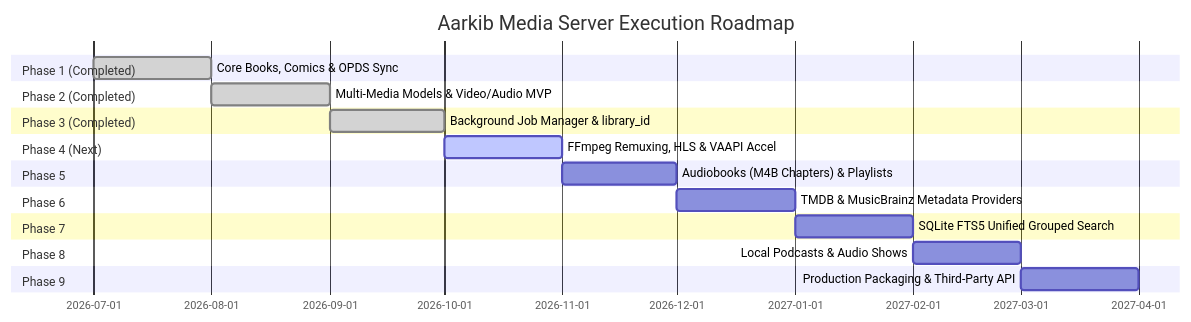
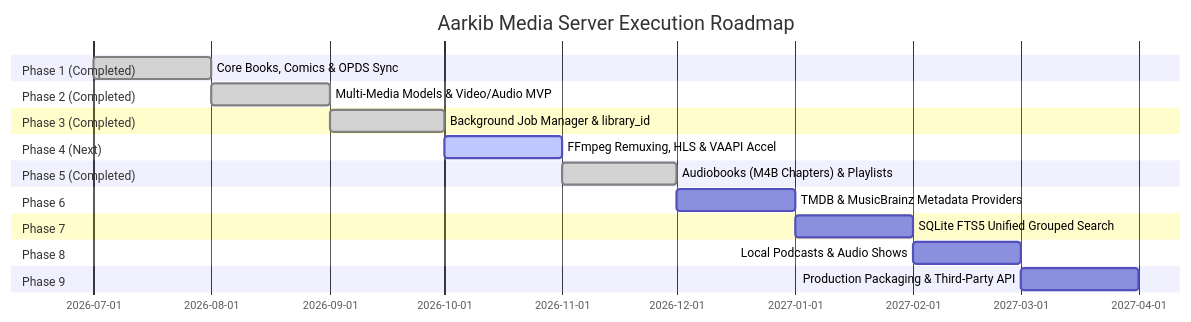
The sixth of 6 diagrams in media_server_execution_plan.md (syfq91/aarkib), drawn with Mermaid before and after one commit. The commit also changed other lines of this file and 19 other files, not shown here.

First line of the commit message:
feat: implement Phase 5 media taxonomy refinement, audiobooks, and playlists

````diff
--- a/media_server_execution_plan.md
+++ b/media_server_execution_plan.md
@@ -583,23 +583,23 @@
 ```mermaid
 gantt
     title Aarkib Media Server Execution Roadmap
     dateFormat  YYYY-MM
     section Phase 1 (Completed)
     Core Books, Comics & OPDS Sync       :done, p1, 2026-07, 2026-08
     section Phase 2 (Completed)
     Multi-Media Models & Video/Audio MVP :done, p2, 2026-08, 2026-09
     section Phase 3 (Completed)
     Background Job Manager & library_id  :done, p3, 2026-09, 2026-10
     section Phase 4 (Next)
     FFmpeg Remuxing, HLS & VAAPI Accel   :active, p4, 2026-10, 2026-11
-    section Phase 5
-    Audiobooks (M4B Chapters) & Playlists:p5, 2026-11, 2026-12
+    section Phase 5 (Completed)
+    Audiobooks (M4B Chapters) & Playlists:done, p5, 2026-11, 2026-12
     section Phase 6
     TMDB & MusicBrainz Metadata Providers:p6, 2026-12, 2027-01
     section Phase 7
     SQLite FTS5 Unified Grouped Search   :p7, 2027-01, 2027-02
     section Phase 8
     Local Podcasts & Audio Shows         :p8, 2027-02, 2027-03
     section Phase 9
     Production Packaging & Third-Party API:p9, 2027-03, 2027-04
 ```
````
